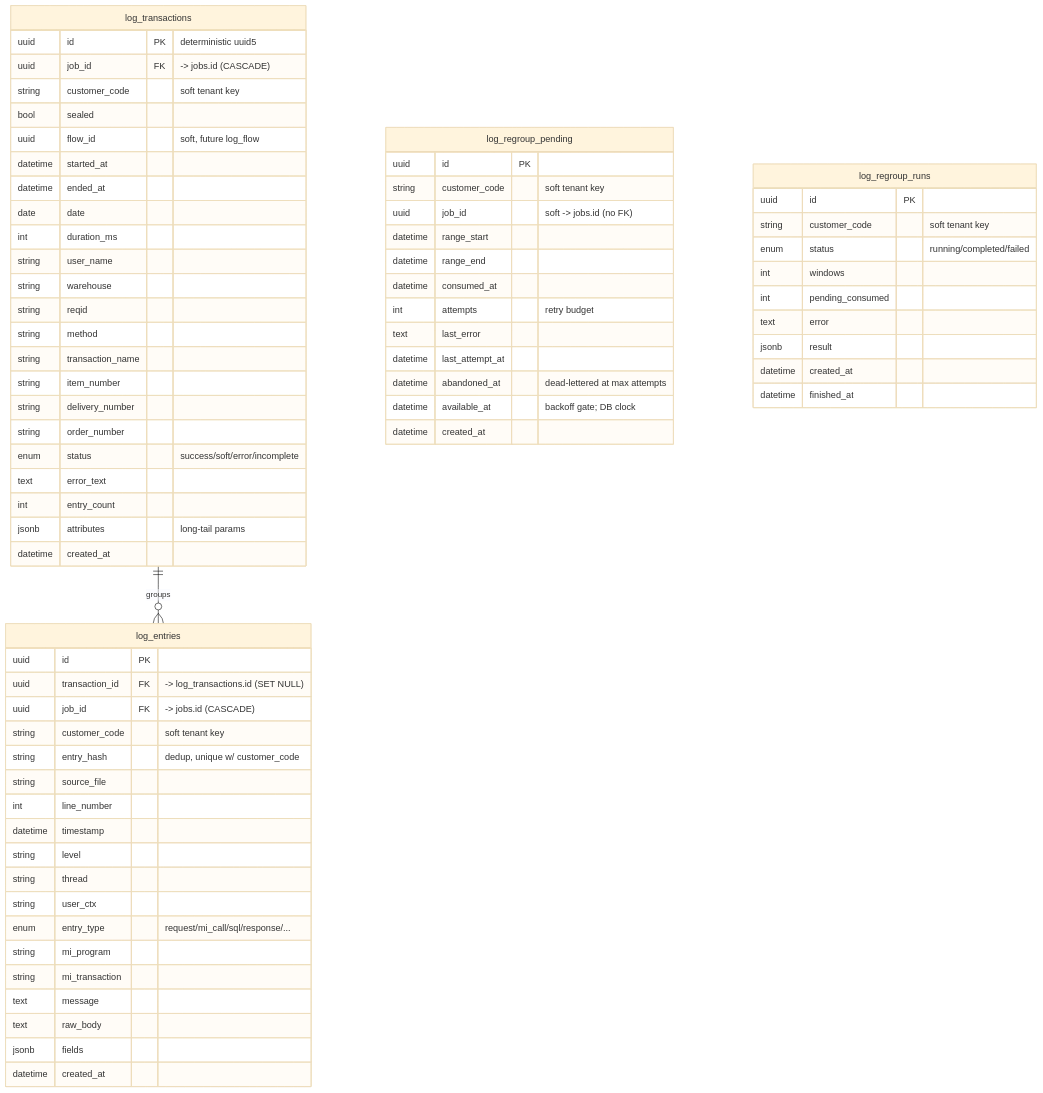
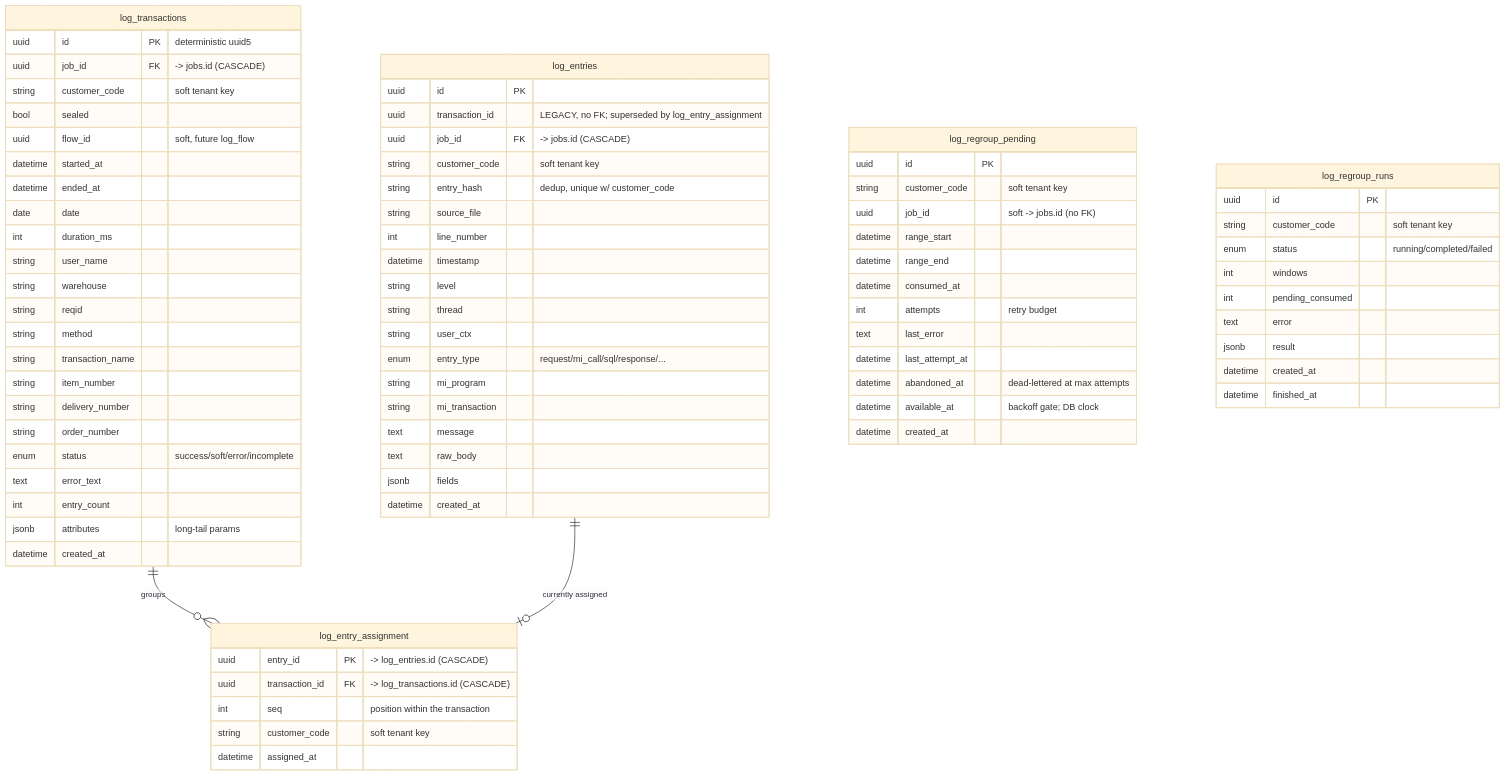
One commit to eamtalu/RAG-PipeLine changed the fourth of 10 diagrams in docs/database-er-diagram.md. Above: the diagram before and after it, drawn with Mermaid (base theme). The commit also changed other lines of this file and 17 other files, not shown here.

First line of the commit message:
feat(stage2): make log_entries append-only via log_entry_assignment

````diff
--- a/docs/database-er-diagram.md
+++ b/docs/database-er-diagram.md
@@ -209,9 +209,17 @@
         datetime created_at
     }
 
+    log_entry_assignment {
+        uuid entry_id PK "-> log_entries.id (CASCADE)"
+        uuid transaction_id FK "-> log_transactions.id (CASCADE)"
+        int seq "position within the transaction"
+        string customer_code "soft tenant key"
+        datetime assigned_at
+    }
+
     log_entries {
         uuid id PK
-        uuid transaction_id FK "-> log_transactions.id (SET NULL)"
+        uuid transaction_id "LEGACY, no FK; superseded by log_entry_assignment"
         uuid job_id FK "-> jobs.id (CASCADE)"
         string customer_code "soft tenant key"
         string entry_hash "dedup, unique w/ customer_code"
@@ -257,5 +265,6 @@
         datetime finished_at
     }
 
-    log_transactions ||--o{ log_entries : "groups"
+    log_transactions ||--o{ log_entry_assignment : "groups"
+    log_entries ||--o| log_entry_assignment : "currently assigned"
 ```
````
